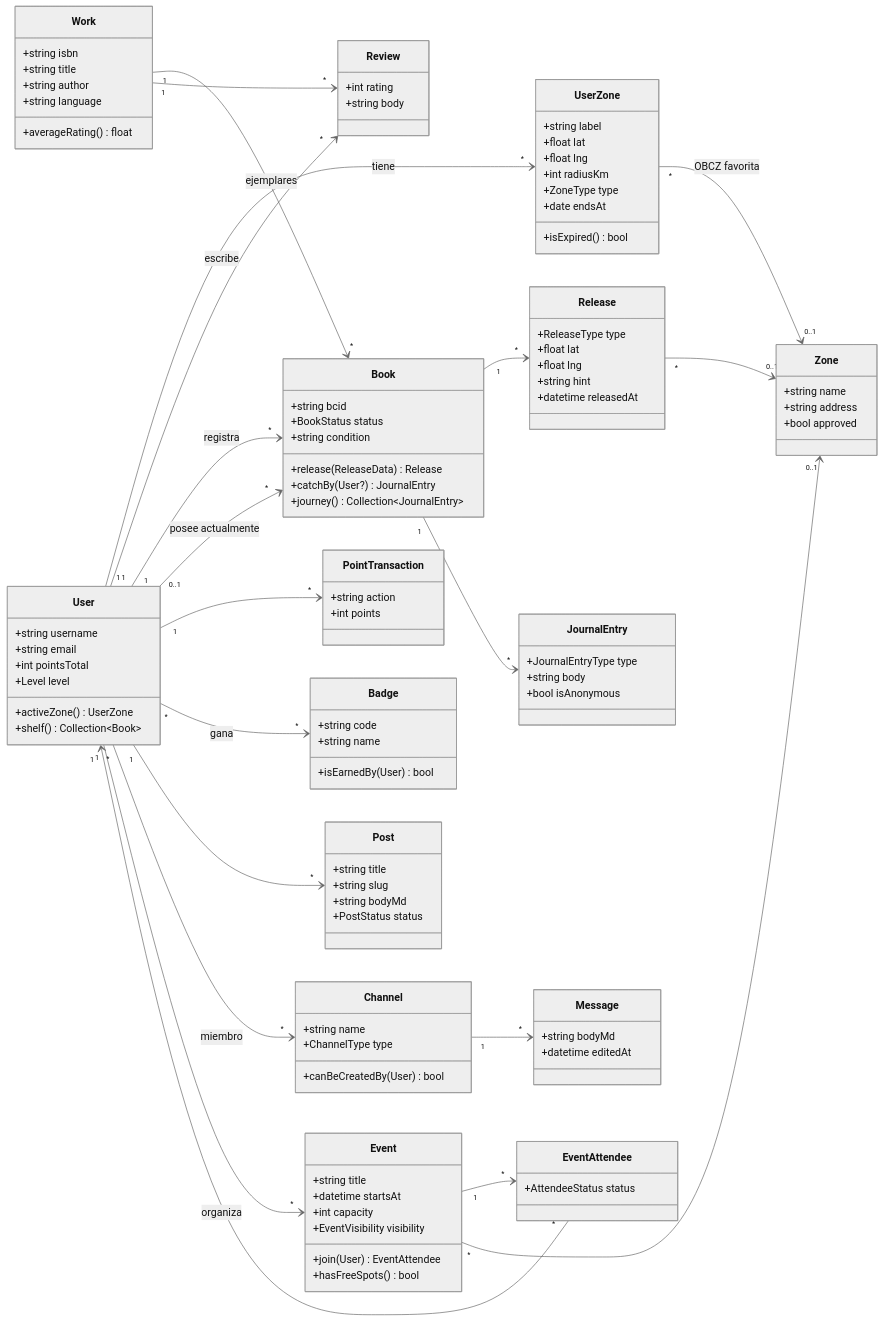
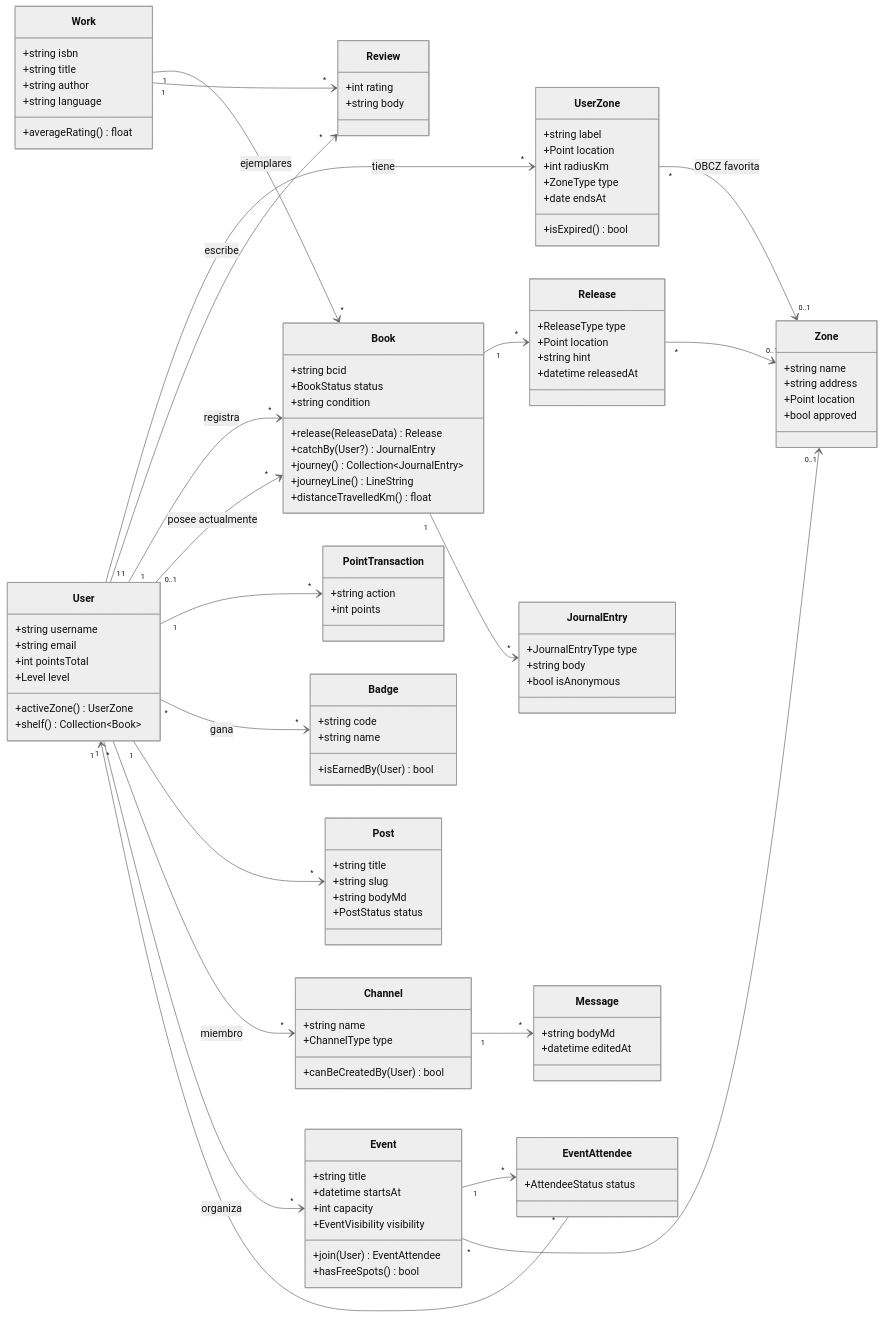
One commit to zStrikke/zBooks changed the first of 2 diagrams in docs/diagramas/02-dominio.md. Above: the diagram before and after it, drawn with Mermaid (neutral theme). The commit also changed other lines of this file and 12 other files, not shown here.

```diff
--- a/docs/diagramas/02-dominio.md
+++ b/docs/diagramas/02-dominio.md
@@ -17,8 +17,7 @@
 
     class UserZone {
         +string label
-        +float lat
-        +float lng
+        +Point location
         +int radiusKm
         +ZoneType type
         +date endsAt
@@ -40,12 +39,13 @@
         +release(ReleaseData) Release
         +catchBy(User?) JournalEntry
         +journey() Collection~JournalEntry~
+        +journeyLine() LineString
+        +distanceTravelledKm() float
     }
 
     class Release {
         +ReleaseType type
-        +float lat
-        +float lng
+        +Point location
         +string hint
         +datetime releasedAt
     }
@@ -64,6 +64,7 @@
     class Zone {
         +string name
         +string address
+        +Point location
         +bool approved
     }
 
```
